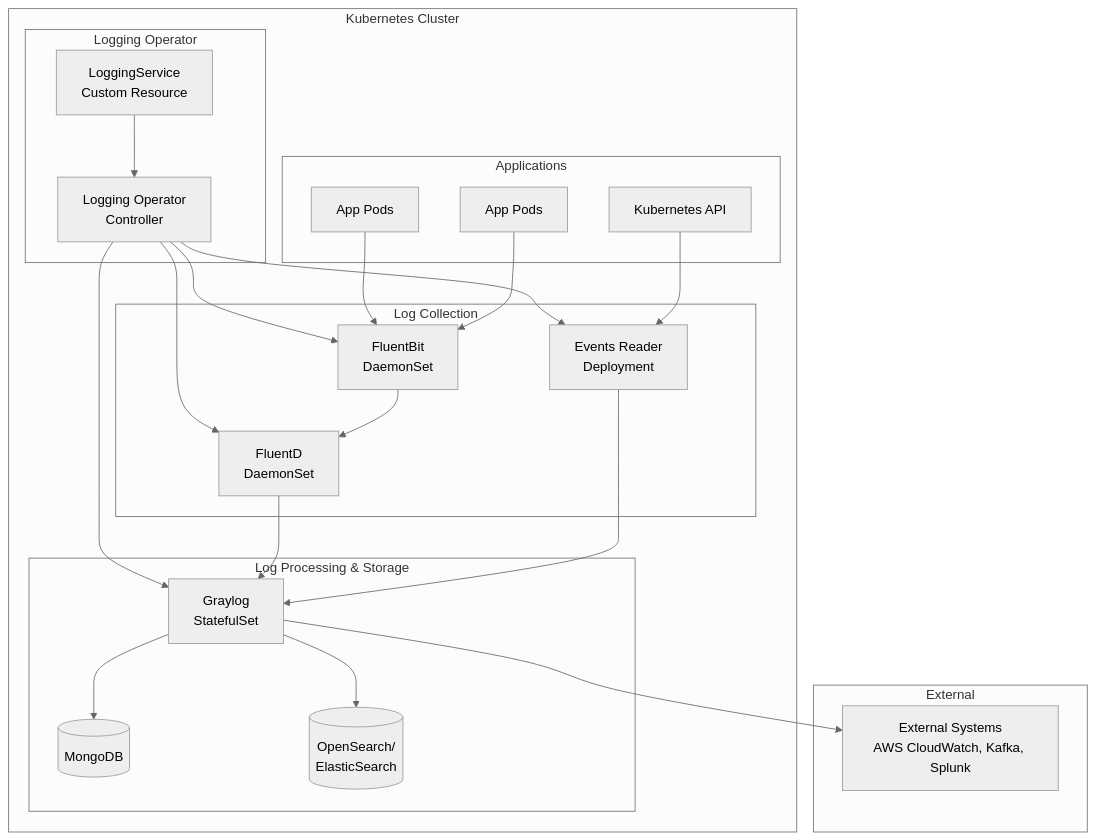
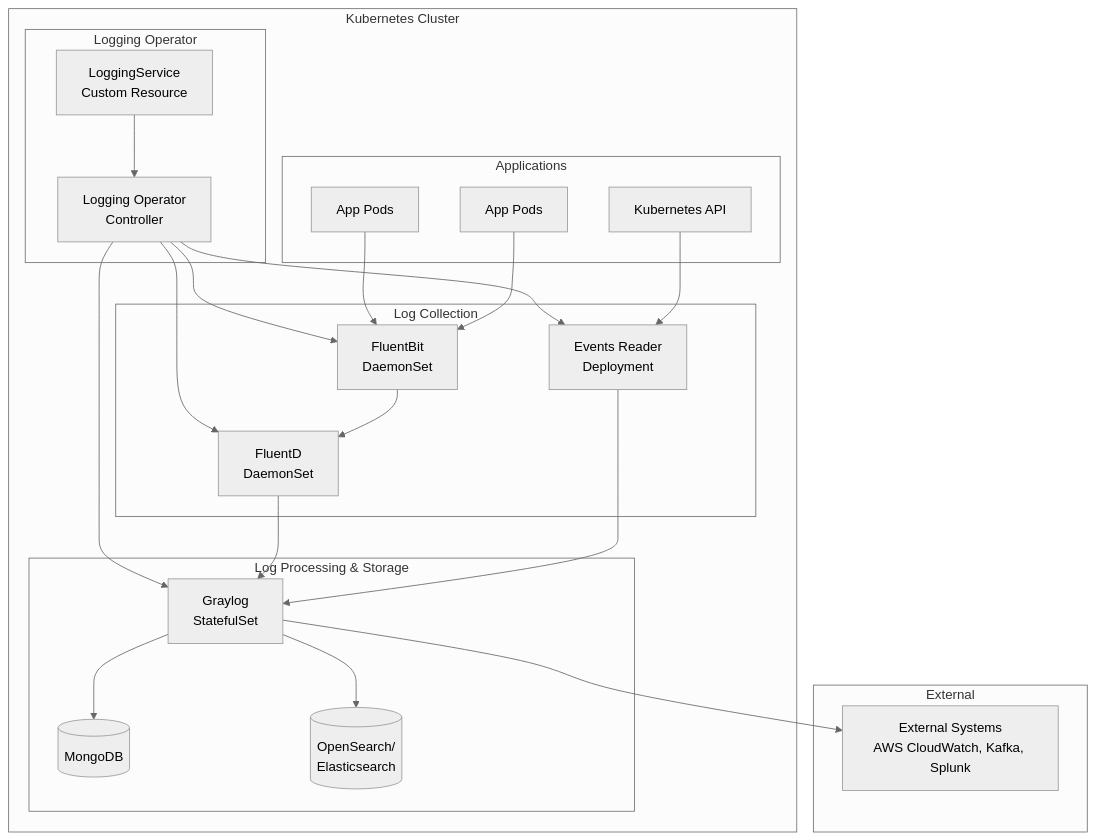
The diagram in README.md (Netcracker/qubership-logging-operator), drawn with Mermaid (neutral theme) before and after one commit. The commit also changed other lines of this file and 138 other files, not shown here.

````diff
--- a/README.md
+++ b/README.md
@@ -111,49 +119,49 @@
 ```mermaid
 flowchart TB
     subgraph "Kubernetes Cluster"
         subgraph "Logging Operator"
             LO[Logging Operator<br/>Controller]
             CR[LoggingService<br/>Custom Resource]
         end
         
         subgraph "Log Collection"
             FB[FluentBit<br/>DaemonSet]
             FD[FluentD<br/>DaemonSet]
             ER[Events Reader<br/>Deployment]
         end
         
         subgraph "Log Processing & Storage"
             GL[Graylog<br/>StatefulSet]
             MG[(MongoDB)]
-            ES[(OpenSearch/<br/>ElasticSearch)]
+            ES[(OpenSearch/<br/>Elasticsearch)]
         end
         
         subgraph "Applications"
             APP1[App Pods]
             APP2[App Pods]
             K8S[Kubernetes API]
         end
     end
     
     subgraph "External"
         EXT[External Systems<br/>AWS CloudWatch, Kafka, Splunk]
     end
     
     CR --> LO
     LO --> FB
     LO --> FD
     LO --> GL
     LO --> ER
     
     APP1 --> FB
     APP2 --> FB
     K8S --> ER
     
     FB --> FD
     FD --> GL
     ER --> GL
     
     GL --> MG
     GL --> ES
     GL --> EXT
 ```
````
